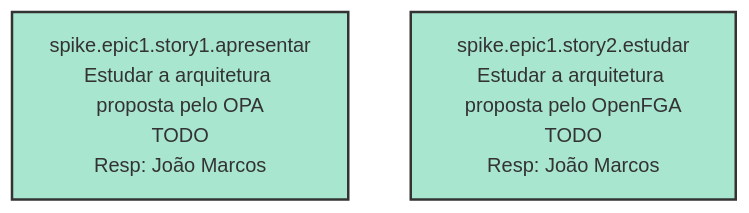
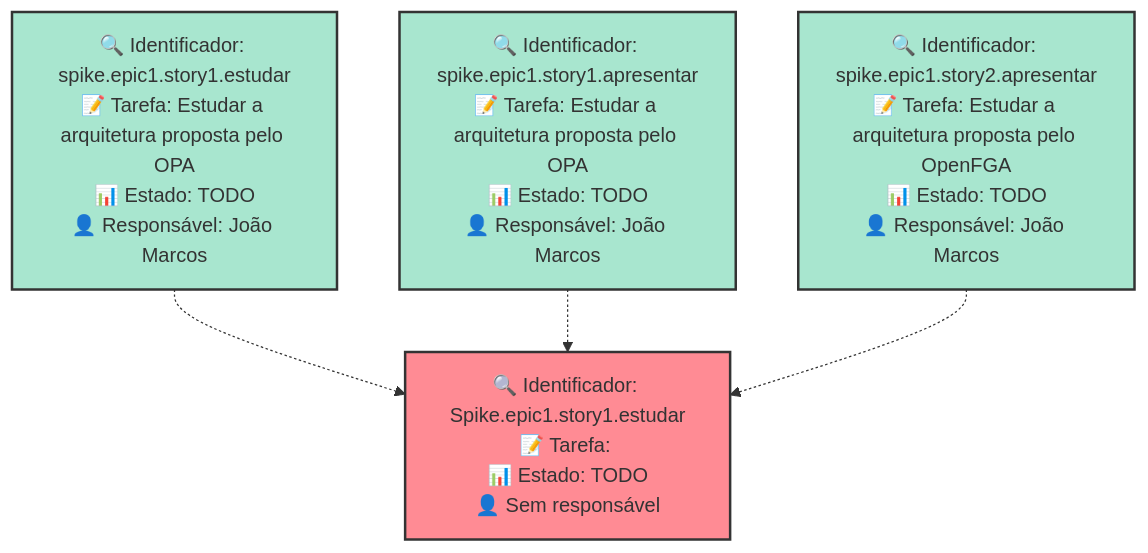
One commit to the-made-project/leds-tools-made-gestao changed the diagram in example/docs/management/sprints/estudo.md. Above: the diagram before and after it, drawn with Mermaid. The commit also changed other lines of this file and 16 other files, not shown here.

````diff
--- a/example/docs/management/sprints/estudo.md
+++ b/example/docs/management/sprints/estudo.md
@@ -29,9 +30,14 @@
 ```mermaid
 graph TD
     classDef sprint fill:#a8e6cf,stroke:#333,stroke-width:2px;
     classDef external fill:#ffd3b6,stroke:#333,stroke-width:2px;
     classDef pending fill:#ff8b94,stroke:#333,stroke-width:2px;
     classDef done fill:#98fb98,stroke:#333,stroke-width:2px;
-    spike.epic1.story1.apresentar["spike.epic1.story1.apresentar\nEstudar a arquitetura proposta pelo OPA\nTODO\nResp: João Marcos "]:::sprint
-    spike.epic1.story2.estudar["spike.epic1.story2.estudar\nEstudar a arquitetura proposta pelo OpenFGA\nTODO\nResp: João Marcos "]:::sprint
+    spike.epic1.story1.estudar["🔍 Identificador: spike.epic1.story1.estudar<br>📝 Tarefa: Estudar a arquitetura proposta pelo OPA<br>📊 Estado: TODO<br>👤 Responsável: João Marcos "]:::sprint
+    spike.epic1.story1.apresentar["🔍 Identificador: spike.epic1.story1.apresentar<br>📝 Tarefa: Estudar a arquitetura proposta pelo OPA<br>📊 Estado: TODO<br>👤 Responsável: João Marcos "]:::sprint
+    spike.epic1.story2.apresentar["🔍 Identificador: spike.epic1.story2.apresentar<br>📝 Tarefa: Estudar a arquitetura proposta pelo OpenFGA<br>📊 Estado: TODO<br>👤 Responsável: João Marcos "]:::sprint
+    Spike.epic1.story1.estudar["🔍 Identificador: Spike.epic1.story1.estudar<br>📝 Tarefa: <br>📊 Estado: TODO<br>👤 Sem responsável"]:::pending
+    spike.epic1.story1.estudar -.-> Spike.epic1.story1.estudar
+    spike.epic1.story1.apresentar -.-> Spike.epic1.story1.estudar
+    spike.epic1.story2.apresentar -.-> Spike.epic1.story1.estudar
 ```
````
